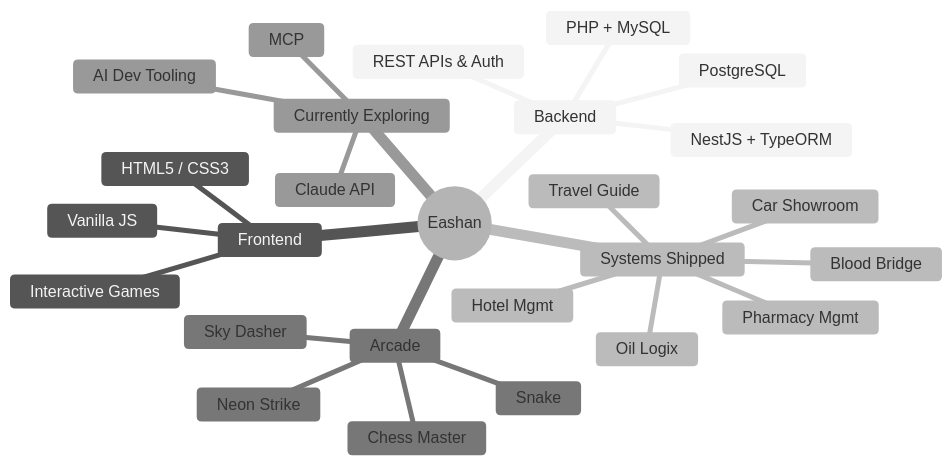
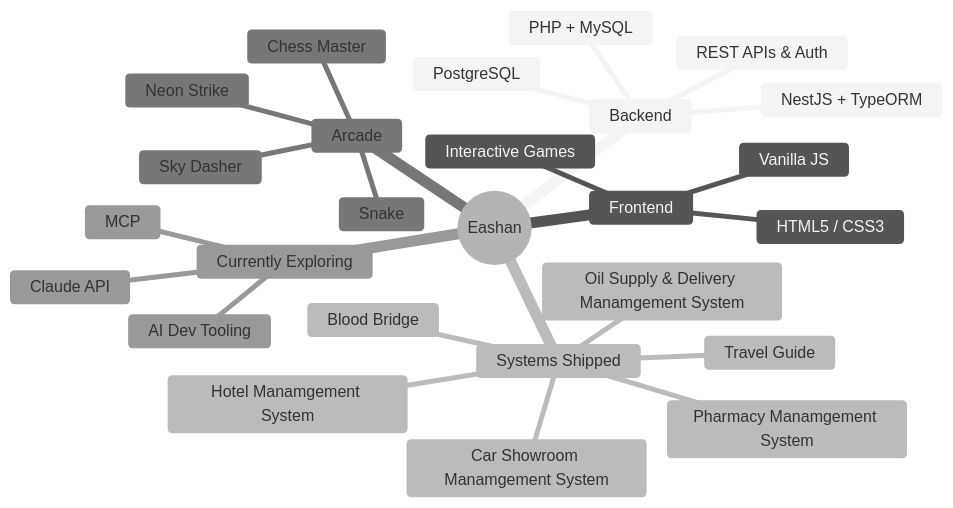
One commit to MirEashanZaman/MirEashanZaman changed the diagram in README.md. Above: the diagram before and after it, drawn with Mermaid (neutral theme).

````diff
--- a/README.md
+++ b/README.md
@@ -35,29 +35,29 @@
 ```mermaid
 mindmap
   root((Eashan))
     Backend
       PHP + MySQL
       NestJS + TypeORM
       PostgreSQL
       REST APIs & Auth
     Frontend
       Vanilla JS
       HTML5 / CSS3
       Interactive Games
     Systems Shipped
       Blood Bridge
-      Pharmacy Mgmt
-      Hotel Mgmt
-      Car Showroom
-      Oil Logix
+      Pharmacy Manamgement System
+      Hotel Manamgement System
+      Car Showroom Manamgement System
+      Oil Supply & Delivery Manamgement System
       Travel Guide
     Arcade
       Neon Strike
       Sky Dasher
       Snake
       Chess Master
     Currently Exploring
       Claude API
       MCP
       AI Dev Tooling
 ```
````
